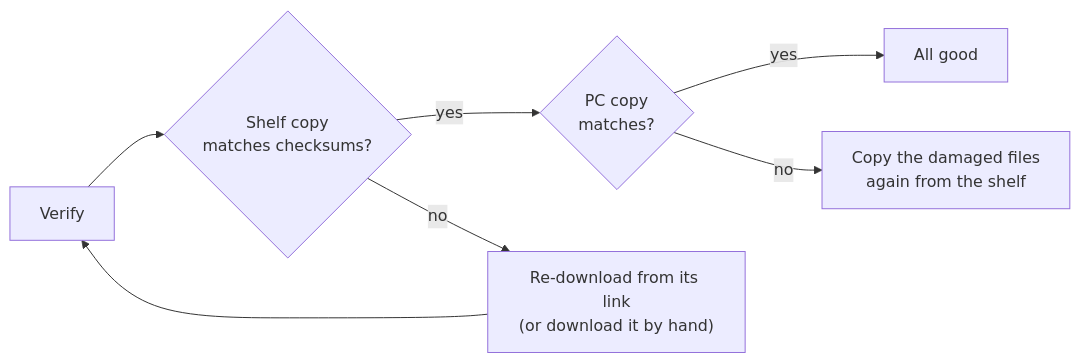
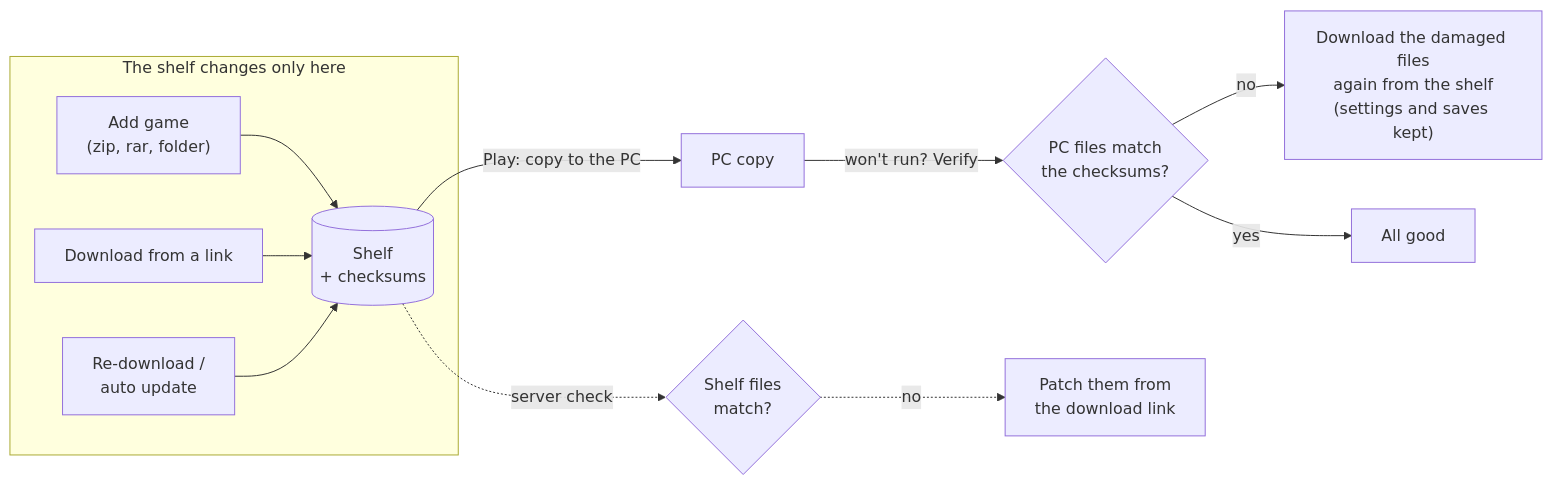
The sixth of 6 diagrams in README.md (ZA0068/Steam-Fan), drawn with Mermaid before and after one commit. The commit also changed other lines of this file and 35 other files, not shown here.

````diff
--- a/README.md
+++ b/README.md
@@ -138,9 +144,12 @@
 ```mermaid
 flowchart LR
-    V["Verify"] --> S{"Shelf copy<br/>matches checksums?"}
-    S -->|yes| P{"PC copy<br/>matches?"}
-    S -->|no| R["Re-download from its link<br/>(or download it by hand)"]
-    P -->|yes| OK["All good"]
-    P -->|no| FIX["Copy the damaged files<br/>again from the shelf"]
-    R --> V
+    subgraph In["The shelf changes only here"]
+        A["Add game<br/>(zip, rar, folder)"] & L["Download from a link"] & RD["Re-download /<br/>auto update"] --> SH[("Shelf<br/>+ checksums")]
+    end
+    SH -->|"Play: copy to the PC"| PC["PC copy"]
+    PC -->|"won't run? Verify"| V{"PC files match<br/>the checksums?"}
+    V -->|"no"| FIX["Download the damaged files<br/>again from the shelf<br/>(settings and saves kept)"]
+    V -->|"yes"| OK["All good"]
+    SH -.->|"server check"| SV{"Shelf files<br/>match?"}
+    SV -.->|"no"| PL["Patch them from<br/>the download link"]
 ```
````
